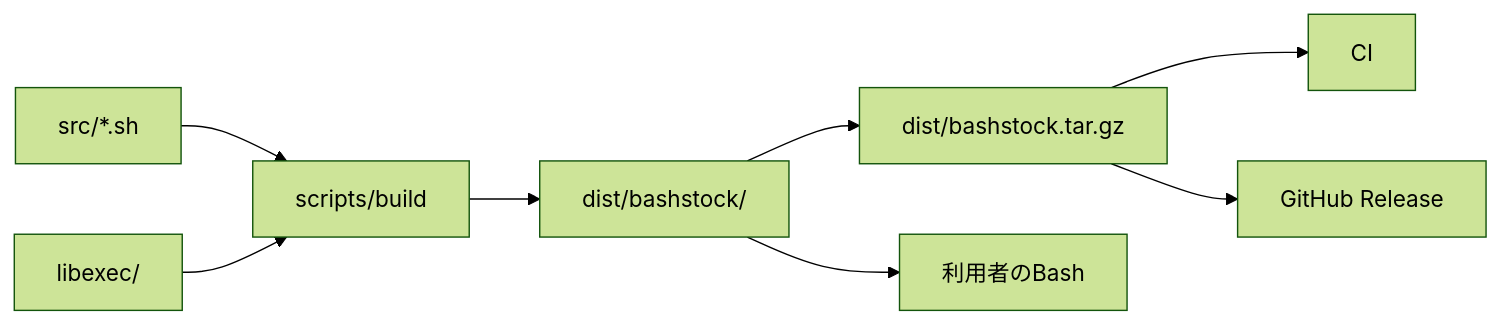
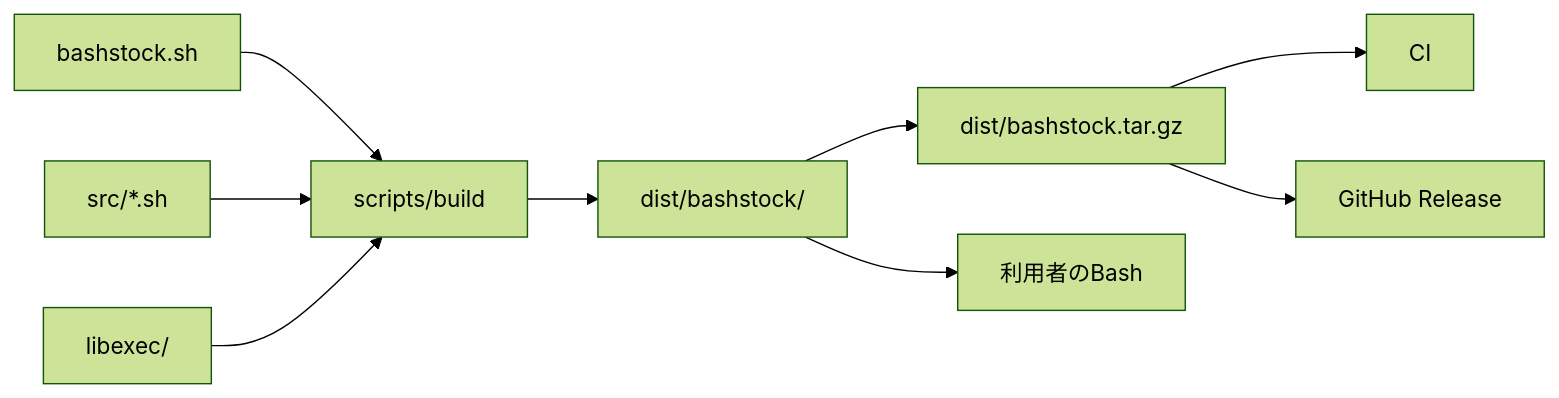
One commit to yuusakuri/bashstock changed the first of 2 diagrams in docs/explanation/architecture.md. Above: the diagram before and after it, drawn with Mermaid (forest theme). The commit also changed other lines of this file and 6 other files, not shown here.

````diff
--- a/docs/explanation/architecture.md
+++ b/docs/explanation/architecture.md
@@ -11,19 +11,21 @@
 ```mermaid
 flowchart LR
+  Entry[bashstock.sh]
   Source[src/*.sh]
   Helpers[libexec/]
   Build[scripts/build]
   Directory[dist/bashstock/]
   Archive[dist/bashstock.tar.gz]
   CI[CI]
   Release[GitHub Release]
   Shell[利用者のBash]
 
+  Entry --> Build
   Source --> Build
   Helpers --> Build
   Build --> Directory
   Directory --> Archive
   Archive --> CI
   Archive --> Release
   Directory --> Shell
 ```
````
